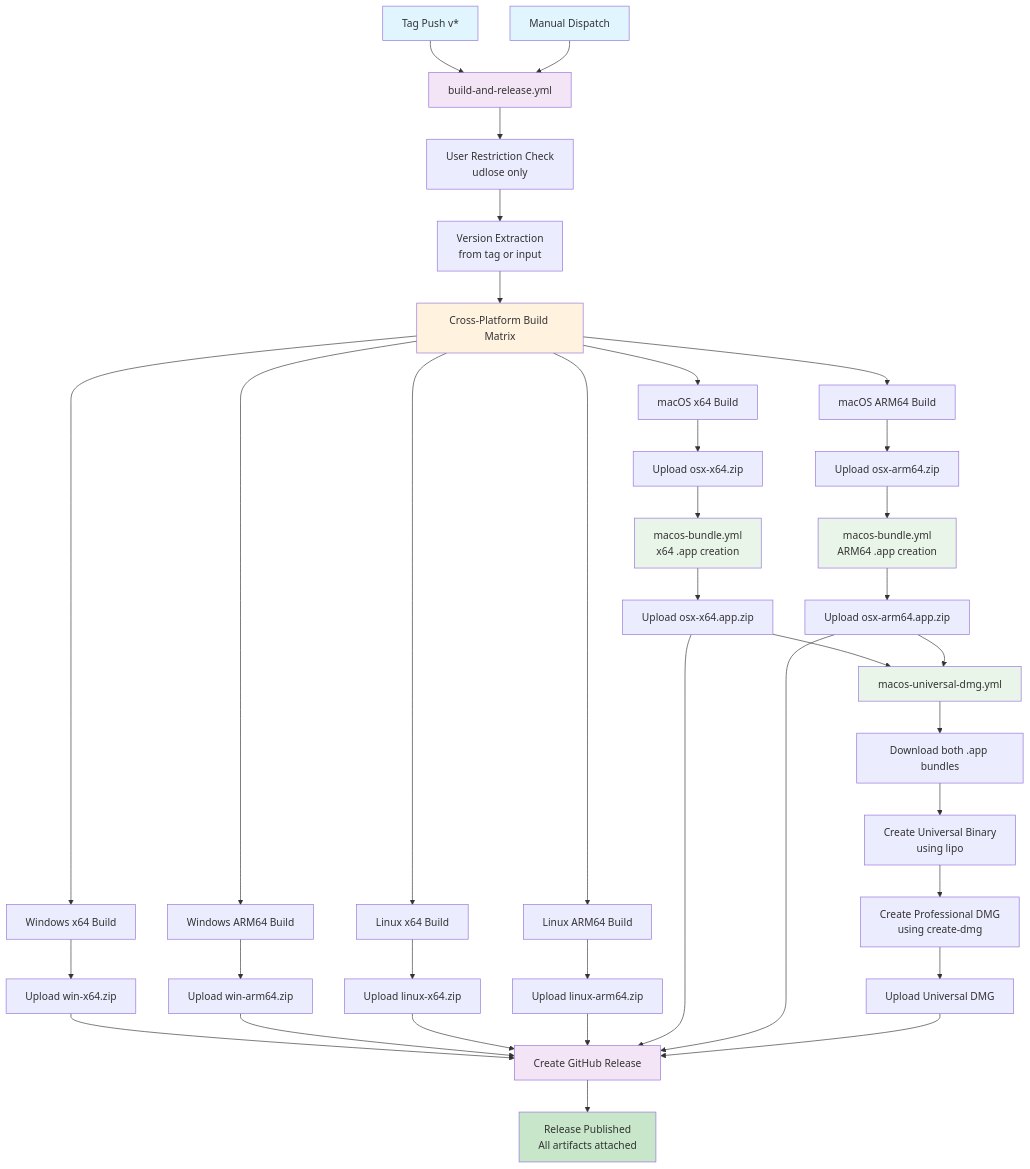
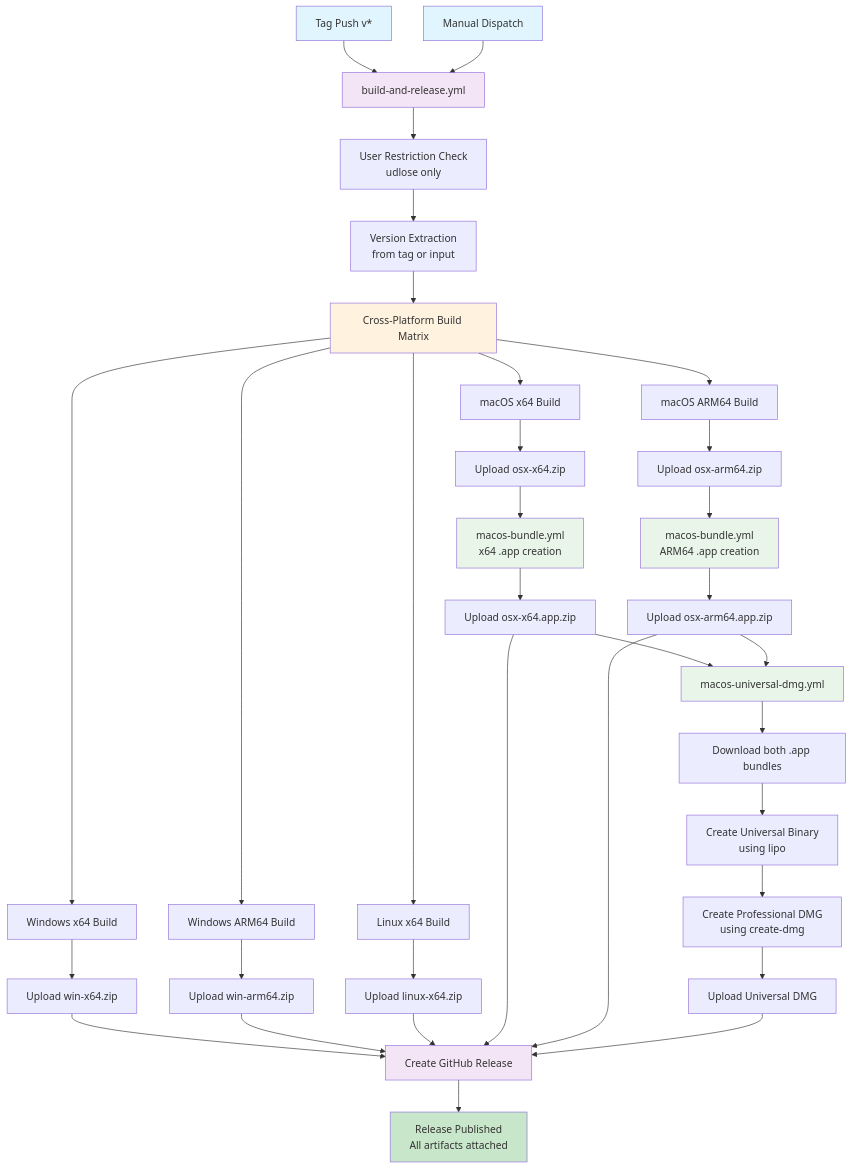
The first of 2 diagrams in .github/workflows/README.md (udlose/MermaidPad), drawn with Mermaid before and after one commit. The commit also changed other lines of this file and 1 other file, not shown here.

````diff
--- a/.github/workflows/README.md
+++ b/.github/workflows/README.md
@@ -8,57 +8,54 @@
 ```mermaid
 flowchart TD
     A[Tag Push v*] --> B[build-and-release.yml]
     A1[Manual Dispatch] --> B
     
     B --> C[User Restriction Check<br/>udlose only]
     C --> D[Version Extraction<br/>from tag or input]
     D --> E[Cross-Platform Build Matrix]
     
     E --> F1[Windows x64 Build]
     E --> F2[Windows ARM64 Build] 
     E --> F3[Linux x64 Build]
-    E --> F4[Linux ARM64 Build]
     E --> F5[macOS x64 Build]
     E --> F6[macOS ARM64 Build]
     
     F1 --> G1[Upload win-x64.zip]
     F2 --> G2[Upload win-arm64.zip]
     F3 --> G3[Upload linux-x64.zip]
-    F4 --> G4[Upload linux-arm64.zip]
     F5 --> G5[Upload osx-x64.zip]
     F6 --> G6[Upload osx-arm64.zip]
     
     G5 --> H[macos-bundle.yml<br/>x64 .app creation]
     G6 --> I[macos-bundle.yml<br/>ARM64 .app creation]
     
     H --> J[Upload osx-x64.app.zip]
     I --> K[Upload osx-arm64.app.zip]
     
     J --> L[macos-universal-dmg.yml]
     K --> L
     
     L --> M[Download both .app bundles]
     M --> N[Create Universal Binary<br/>using lipo]
     N --> O[Create Professional DMG<br/>using create-dmg]
     O --> P[Upload Universal DMG]
     
     G1 --> Q[Create GitHub Release]
     G2 --> Q
     G3 --> Q
-    G4 --> Q
     J --> Q
     K --> Q
     P --> Q
     
     Q --> R[Release Published<br/>All artifacts attached]
     
     style A fill:#e1f5fe
     style A1 fill:#e1f5fe
     style B fill:#f3e5f5
     style E fill:#fff3e0
     style H fill:#e8f5e8
     style I fill:#e8f5e8
     style L fill:#e8f5e8
     style Q fill:#f3e5f5
     style R fill:#c8e6c9
 ```
````
